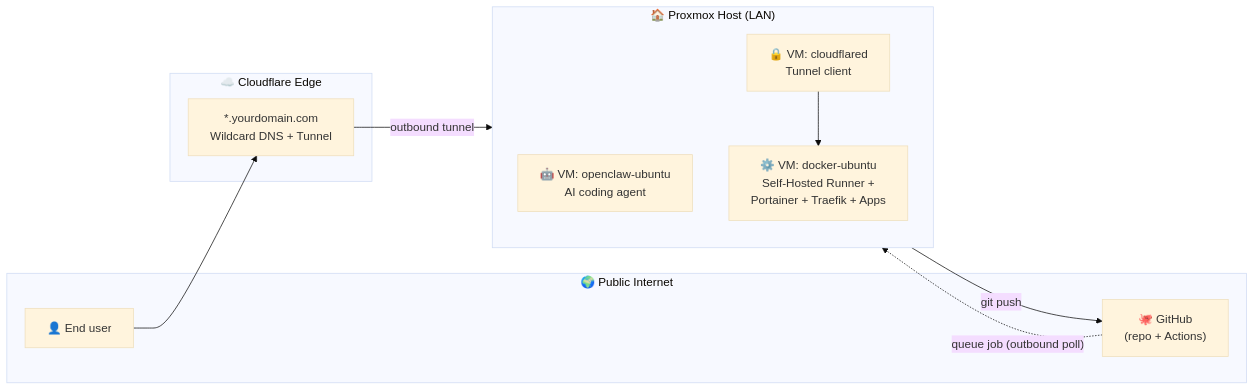
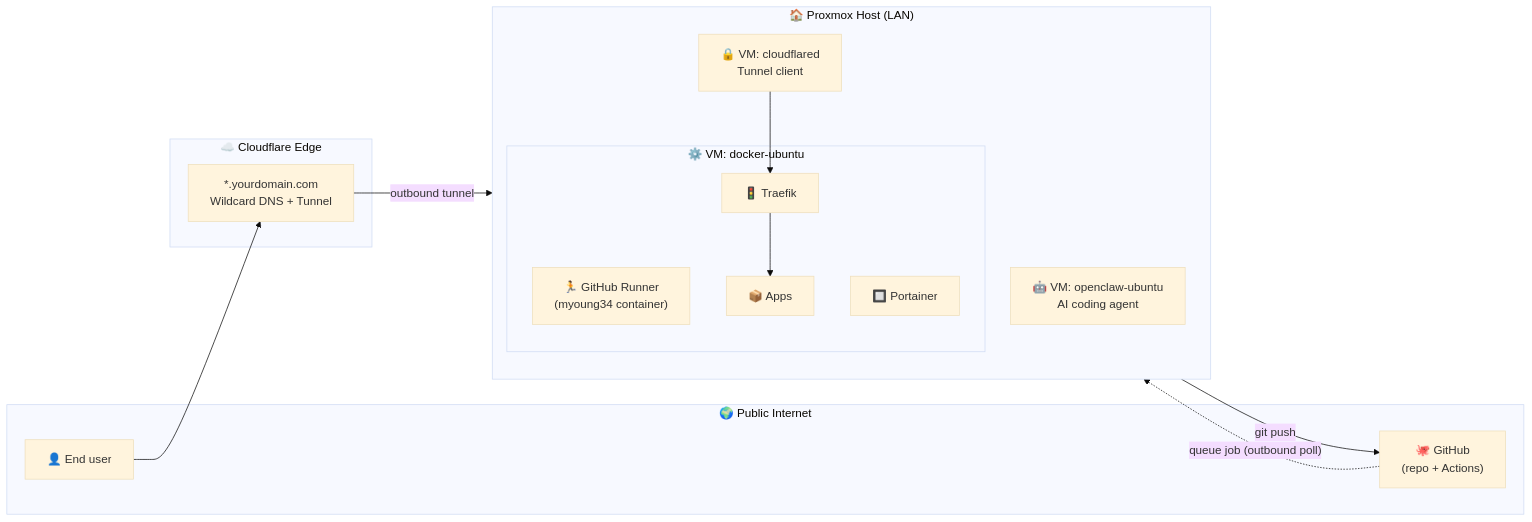
The first of 4 diagrams in README.md (fire3san/homelabpipeline), drawn with Mermaid (base theme) before and after one commit. The commit also changed other lines of this file and 6 other files, not shown here.

First line of the commit message:
Add deployment guide, Docker-based GitHub runner, and homelabdeploy template

````diff
--- a/README.md
+++ b/README.md
@@ -53,24 +53,30 @@
 ```mermaid
 flowchart LR
     subgraph Cloud["☁️ Cloudflare Edge"]
         CF["*.yourdomain.com<br/>Wildcard DNS + Tunnel"]
     end
 
     subgraph Internet["🌍 Public Internet"]
         User["👤 End user"]
         GH["🐙 GitHub<br/>(repo + Actions)"]
     end
 
     subgraph Homelab["🏠 Proxmox Host (LAN)"]
         direction TB
         Claw["🤖 VM: openclaw-ubuntu<br/>AI coding agent"]
-        Runner["⚙️ VM: docker-ubuntu<br/>Self-Hosted Runner +<br/>Portainer + Traefik + Apps"]
+        subgraph DockerVM["⚙️ VM: docker-ubuntu"]
+            Runner["🏃 GitHub Runner<br/>(myoung34 container)"]
+            Portainer["🔲 Portainer"]
+            Traefik["🚦 Traefik"]
+            Apps["📦 Apps"]
+        end
         Tunnel["🔒 VM: cloudflared<br/>Tunnel client"]
     end
 
     Claw -- "git push" --> GH
     GH -. "queue job (outbound poll)" .-> Runner
     User --> CF
     CF -- "outbound tunnel" --> Tunnel
-    Tunnel --> Runner
+    Tunnel --> Traefik
+    Traefik --> Apps
 ```
````
